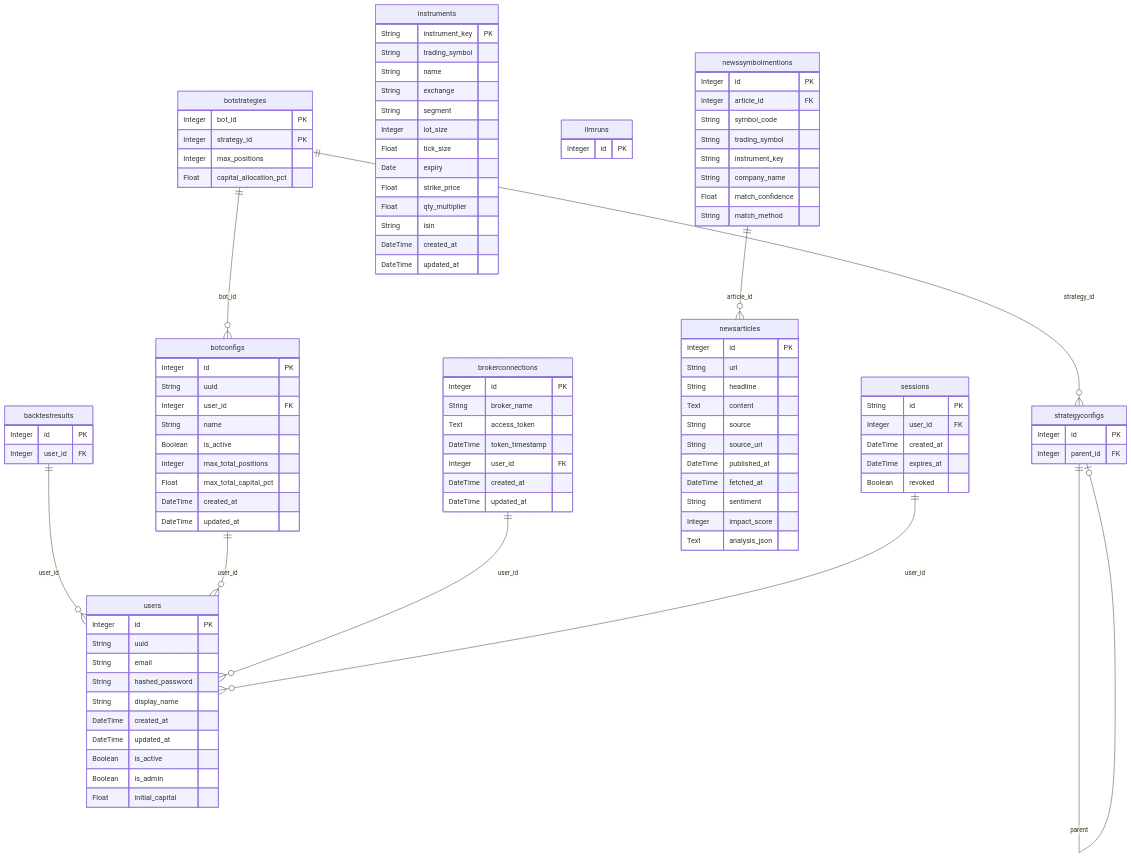
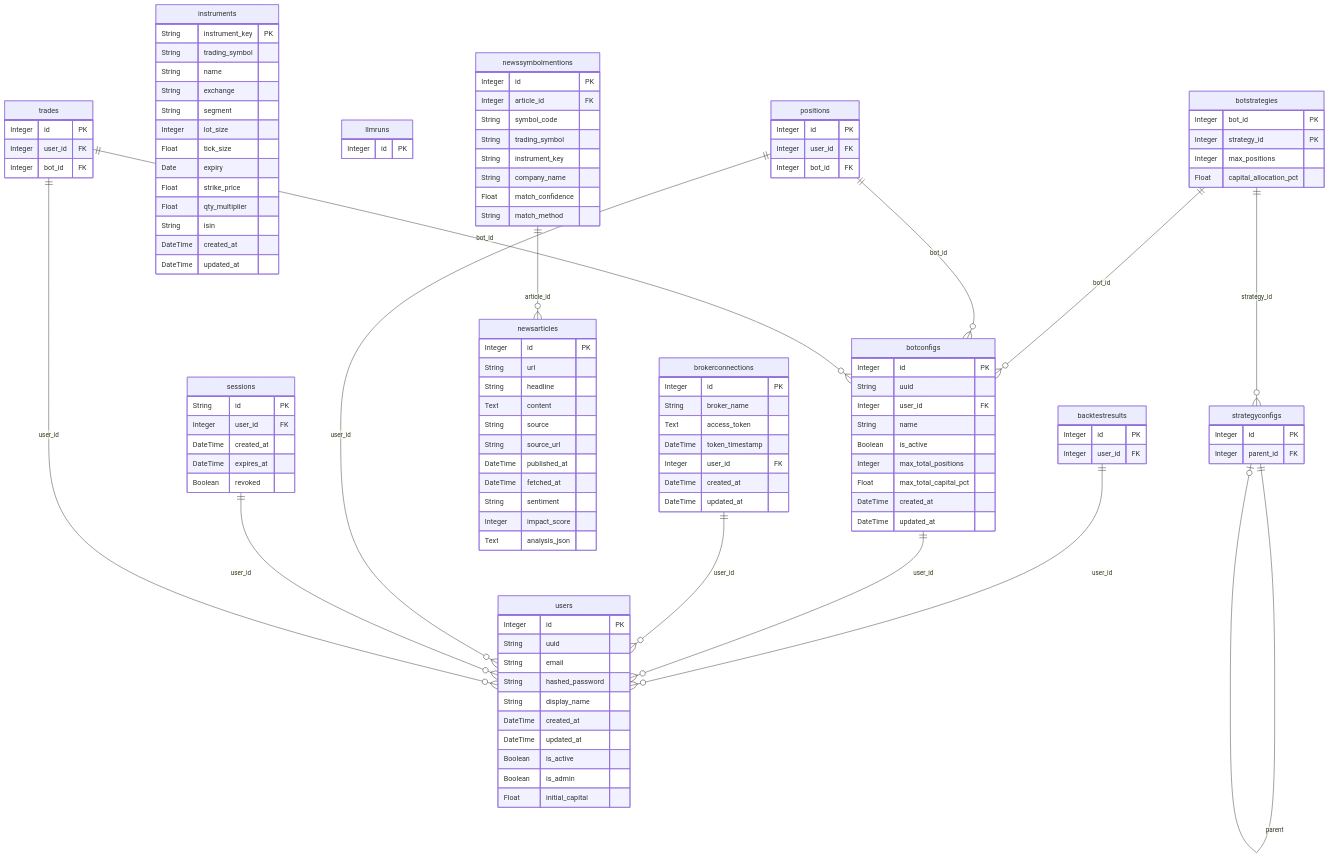
The diagram in stock-screener-ui/docs/schema.md (syntaxhacker/Alphashri), drawn with Mermaid before and after one commit. The commit also changed other lines of this file and 93 other files, not shown here.

First line of the commit message:
fix: bot infrastructure, trade persistence, chart markers, UI cleanup (#44)

````diff
--- a/stock-screener-ui/docs/schema.md
+++ b/stock-screener-ui/docs/schema.md
@@ -78,6 +78,11 @@
         Float match_confidence
         String match_method
     }
+    positions {
+        Integer id PK
+        Integer user_id FK
+        Integer bot_id FK
+    }
     sessions {
         String id PK
         Integer user_id FK
@@ -88,6 +93,11 @@
     strategyconfigs {
         Integer id PK
         Integer parent_id FK
+    }
+    trades {
+        Integer id PK
+        Integer user_id FK
+        Integer bot_id FK
     }
     users {
         Integer id PK
@@ -108,6 +118,10 @@
     botstrategies ||--o{ strategyconfigs : "strategy_id"
     brokerconnections ||--o{ users : "user_id"
     newssymbolmentions ||--o{ newsarticles : "article_id"
+    positions ||--o{ users : "user_id"
+    positions ||--o{ botconfigs : "bot_id"
     sessions ||--o{ users : "user_id"
     strategyconfigs ||--o| strategyconfigs : "parent"
+    trades ||--o{ users : "user_id"
+    trades ||--o{ botconfigs : "bot_id"
 ```
````
